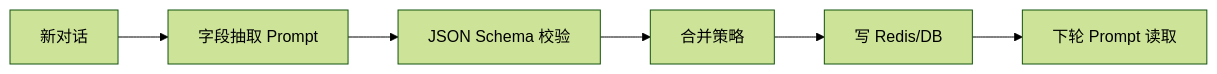
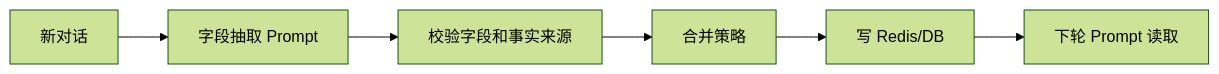
Before and after one commit to GuoWWWX/knowledge-base: the diagram in 10-AI应用开发/04-多轮对话与上下文工程/05-结构化记忆.md, drawn with Mermaid (forest theme). The commit also changed other lines of this file and 368 other files, not shown here.

````diff
--- a/10-AI应用开发/04-多轮对话与上下文工程/05-结构化记忆.md
+++ b/10-AI应用开发/04-多轮对话与上下文工程/05-结构化记忆.md
@@ -66,8 +64,8 @@
 ```mermaid
 flowchart LR
     A[新对话] --> B[字段抽取 Prompt]
-    B --> C[JSON Schema 校验]
+    B --> C[校验字段和事实来源]
     C --> D[合并策略]
     D --> E[写 Redis/DB]
     E --> F[下轮 Prompt 读取]
 ```
````
